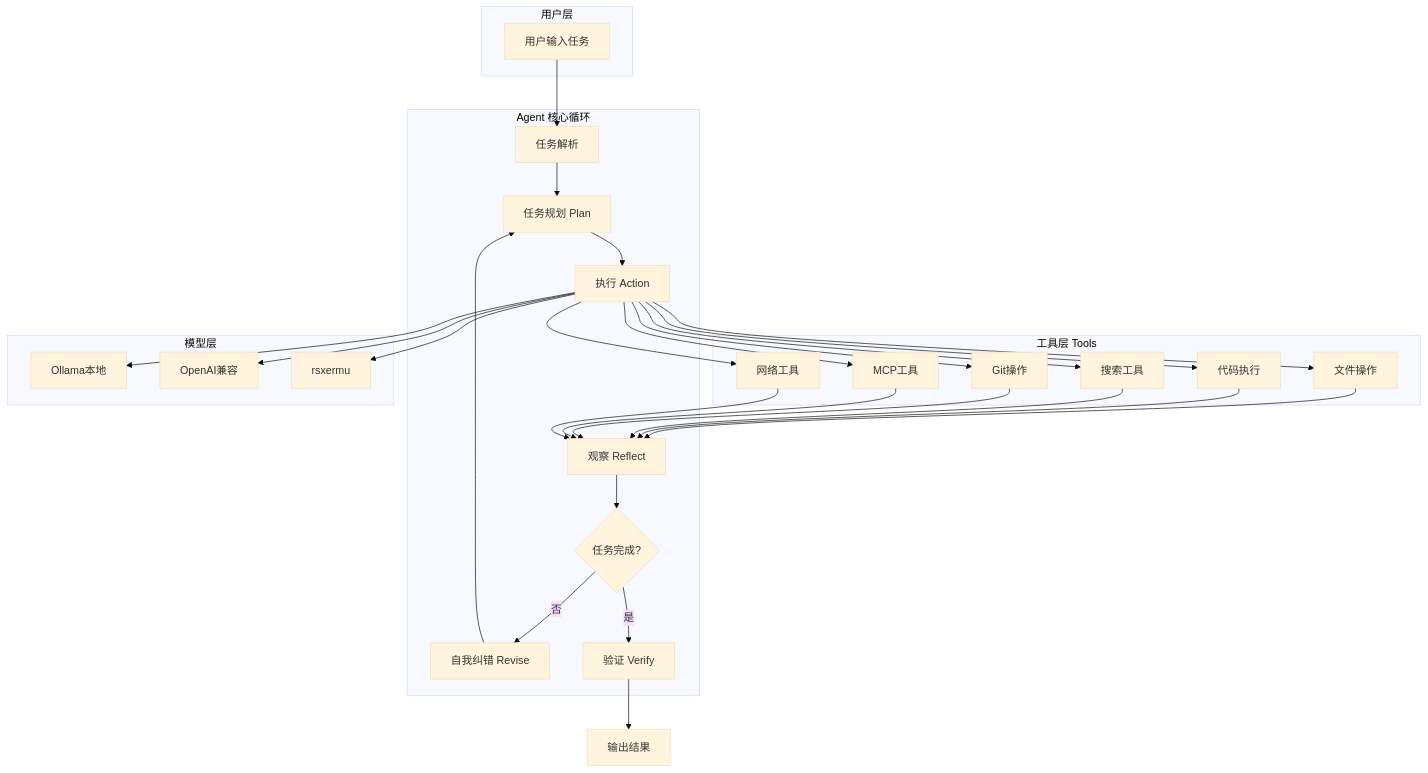
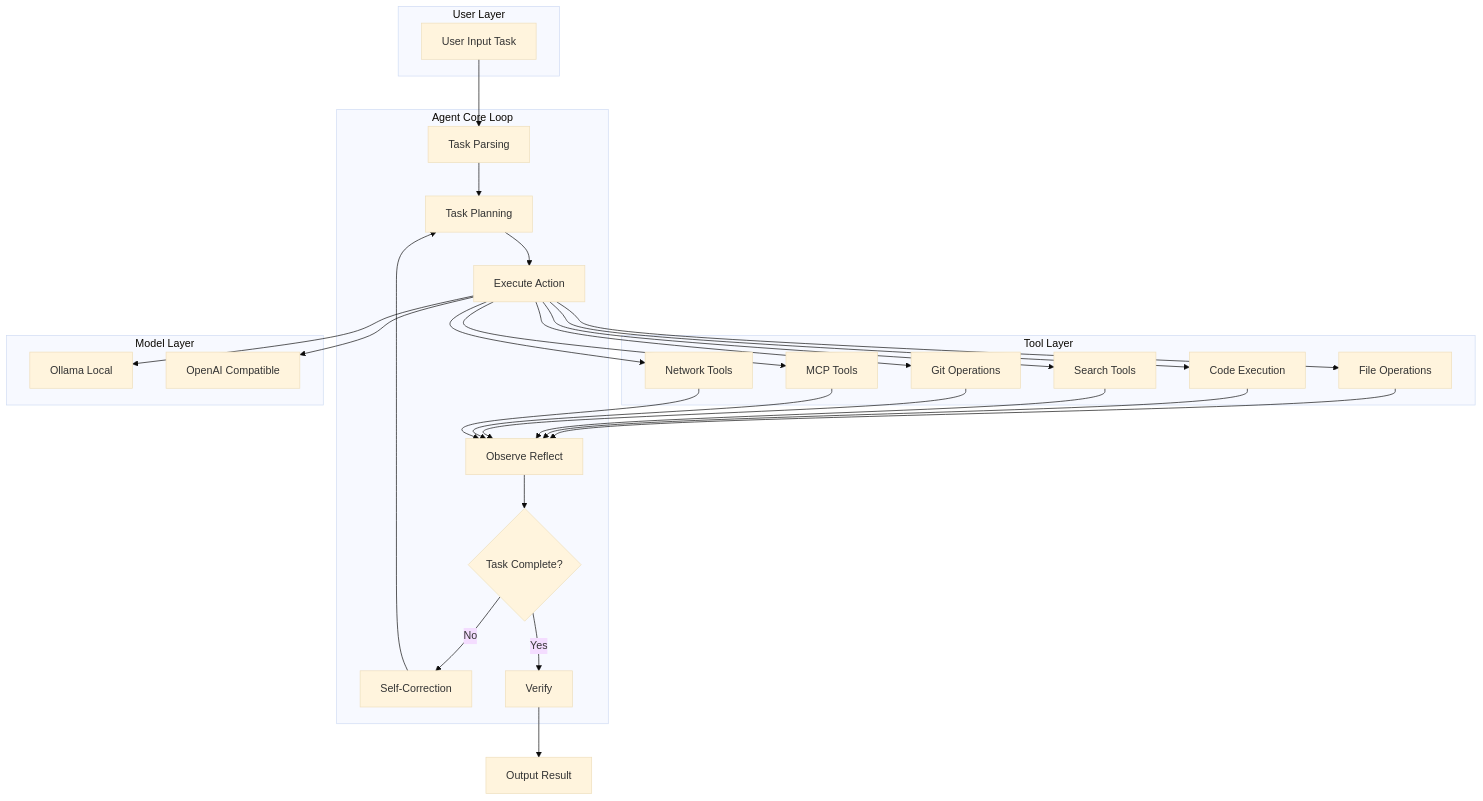
Before and after one commit to dyu55/My-Agent: the first of 11 diagrams in ROADMAP.md, drawn with Mermaid (base theme). The commit also changed other lines of this file and 2 other files, not shown here.

First line of the commit message:
chore: remove rsxermu, convert md files to English

````diff
--- a/ROADMAP.md
+++ b/ROADMAP.md
@@ -10,44 +10,43 @@
 ```mermaid
 flowchart TD
-    subgraph 用户层["用户层"]
-        A[用户输入任务]
+    subgraph UserLayer["User Layer"]
+        A[User Input Task]
     end
 
-    subgraph Agent核心["Agent 核心循环"]
-        B[任务解析]
-        C[任务规划 Plan]
-        D[执行 Action]
-        E[观察 Reflect]
-        F{任务完成?}
-        G[自我纠错 Revise]
-        H[验证 Verify]
+    subgraph AgentCore["Agent Core Loop"]
+        B[Task Parsing]
+        C[Task Planning]
+        D[Execute Action]
+        E[Observe Reflect]
+        F{Task Complete?}
+        G[Self-Correction]
+        H[Verify]
     end
 
-    subgraph 工具层["工具层 Tools"]
-        I1[文件操作]
-        I2[代码执行]
-        I3[搜索工具]
-        I4[Git操作]
-        I5[MCP工具]
-        I6[网络工具]
+    subgraph ToolLayer["Tool Layer"]
+        I1[File Operations]
+        I2[Code Execution]
+        I3[Search Tools]
+        I4[Git Operations]
+        I5[MCP Tools]
+        I6[Network Tools]
     end
 
-    subgraph 模型层["模型层"]
-        J1[Ollama本地]
-        J2[OpenAI兼容]
-        J3[rsxermu]
+    subgraph ModelLayer["Model Layer"]
+        J1[Ollama Local]
+        J2[OpenAI Compatible]
     end
 
     A --> B
     B --> C
     C --> D
     D --> I1 & I2 & I3 & I4 & I5 & I6
     I1 & I2 & I3 & I4 & I5 & I6 --> E
     E --> F
-    F -- 否 --> G
+    F -- No --> G
     G --> C
-    F -- 是 --> H
-    H --> I[输出结果]
+    F -- Yes --> H
+    H --> I[Output Result]
 
-    D --> J1 & J2 & J3
+    D --> J1 & J2
 ```
````
